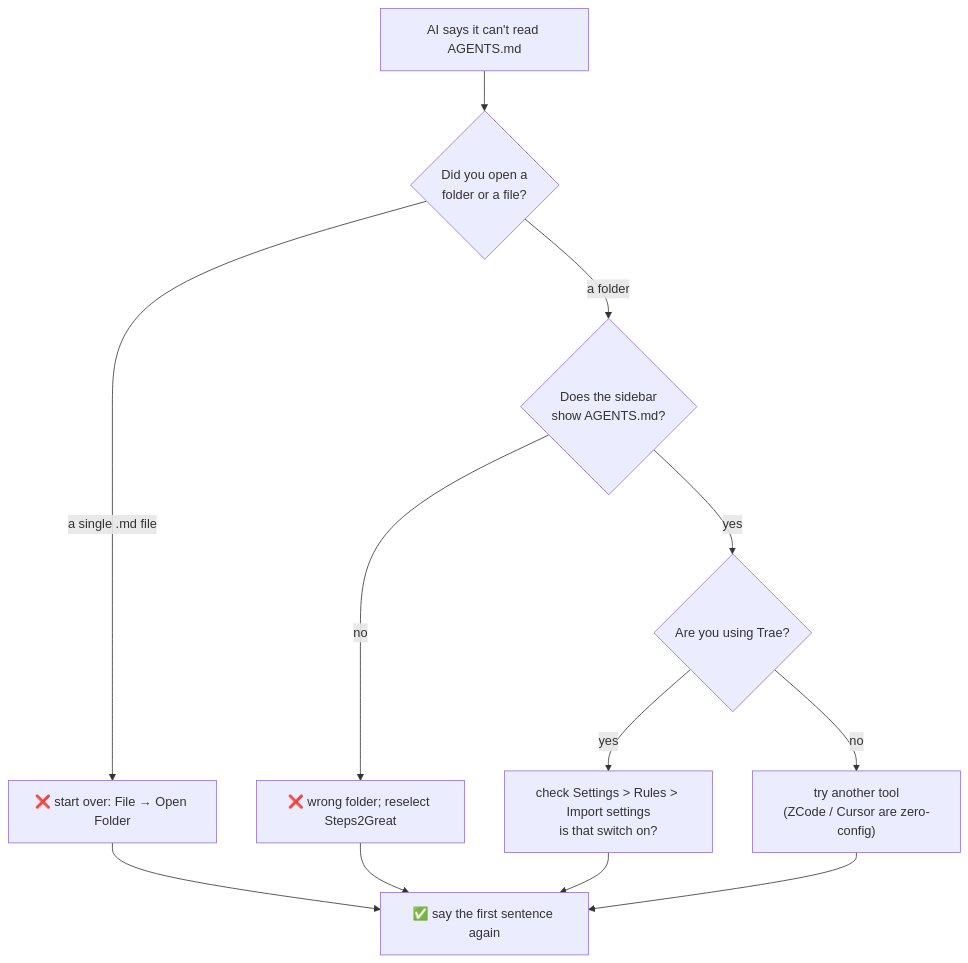
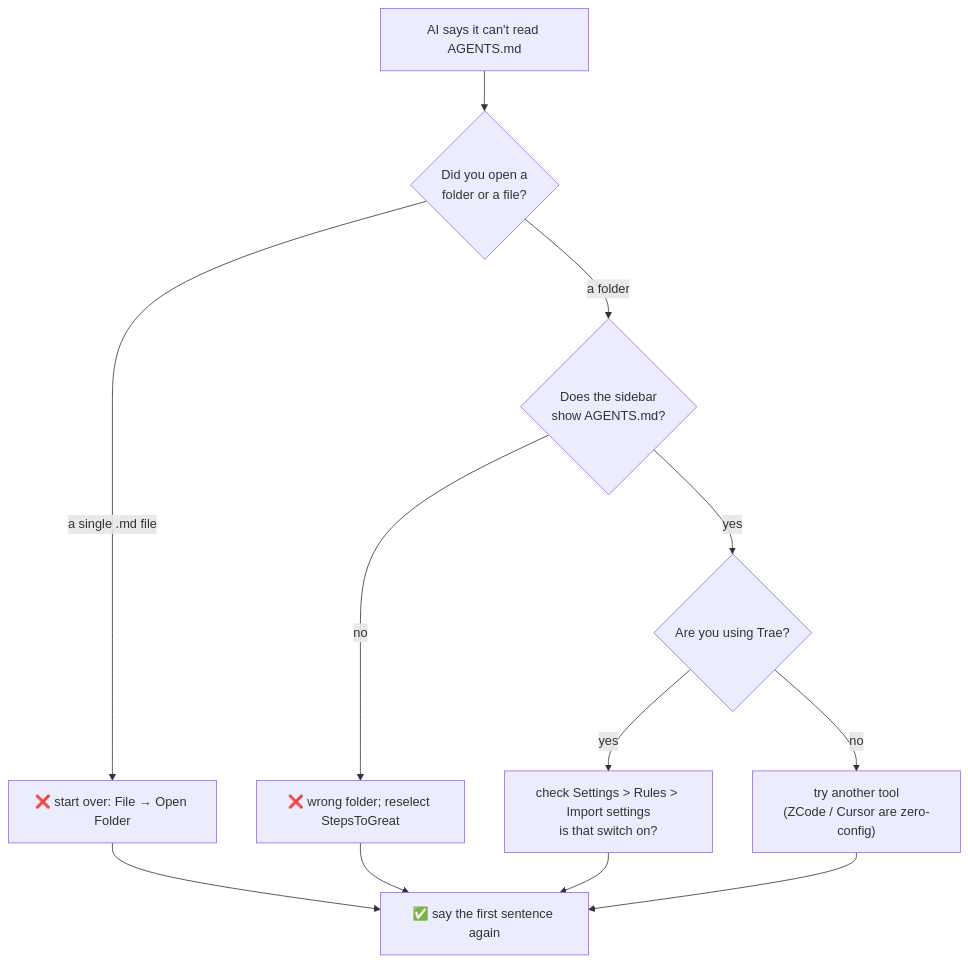
One commit to wildcat430524/StepsToGreat changed the third of 3 diagrams in 教程/ui-mockups.en.md. Above: the diagram before and after it, drawn with Mermaid. The commit also changed other lines of this file and 32 other files, not shown here.

First line of the commit message:
revert: 撤销改名，项目名恢复为 StepsToGreat

````diff
--- a/教程/ui-mockups.en.md
+++ b/教程/ui-mockups.en.md
@@ -334,14 +334,14 @@
 ```mermaid
 flowchart TD
     P["AI says it can't read AGENTS.md"] --> Q1{"Did you open a<br/>folder or a file?"}
     Q1 -->|"a single .md file"| A1["❌ start over: File → Open Folder"]
     Q1 -->|"a folder"| Q2{"Does the sidebar<br/>show AGENTS.md?"}
-    Q2 -->|"no"| A2["❌ wrong folder; reselect Steps2Great"]
+    Q2 -->|"no"| A2["❌ wrong folder; reselect StepsToGreat"]
     Q2 -->|"yes"| Q3{"Are you using Trae?"}
     Q3 -->|"yes"| A3["check Settings > Rules > Import settings<br/>is that switch on?"]
     Q3 -->|"no"| A4["try another tool<br/>(ZCode / Cursor are zero-config)"]
     A1 --> OK["✅ say the first sentence again"]
     A2 --> OK
     A3 --> OK
     A4 --> OK
 ```
````
